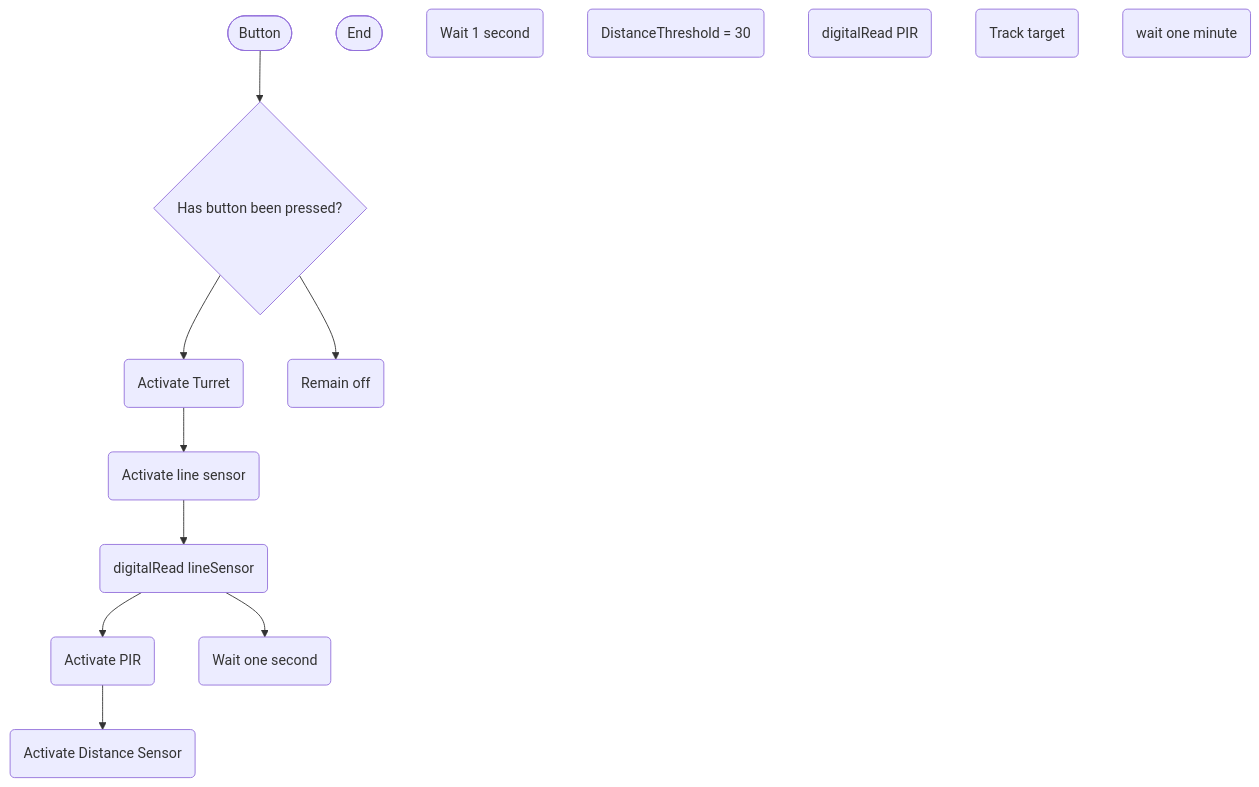
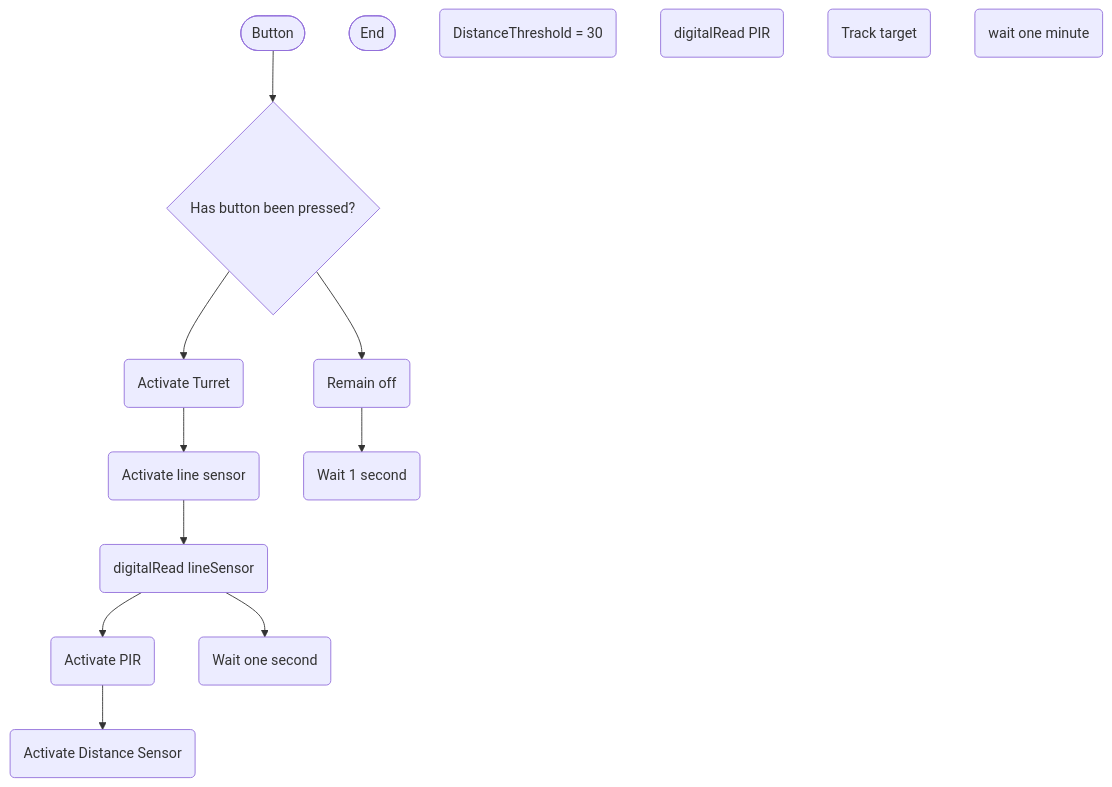
Before and after one commit to Zac2259/Smart-Turret: the diagram in logic.md, drawn with Mermaid.

````diff
--- a/logic.md
+++ b/logic.md
@@ -1,29 +1,30 @@
  ```mermaid
  flowchart TD
  %%standby logic
 terminalStart([Button])
  terminalEnd([End])
 Buttontrigger{Has button been pressed?}
 activateturret(Activate Turret)
 activatesensor(Activate line sensor)
 remainoff(Remain off)
 loop(Wait 1 second)
 %%Tracking logic
 Readline(digitalRead lineSensor)
 activatepir(Activate PIR)
 activatedistance(Activate Distance Sensor)
 loop2(Wait one second)
 distance(DistanceThreshold = 30)
 ReadPIR(digitalRead PIR)
 track(Track target)
 loop3(wait one minute)
 terminalStart --> Buttontrigger
 Buttontrigger --> activateturret
 activateturret --> activatesensor
 Buttontrigger --> remainoff
+remainoff --> loop
 activatesensor --> Readline
 Readline --> activatepir
 Readline --> loop2
 activatepir --> activatedistance
 
  ```
````
